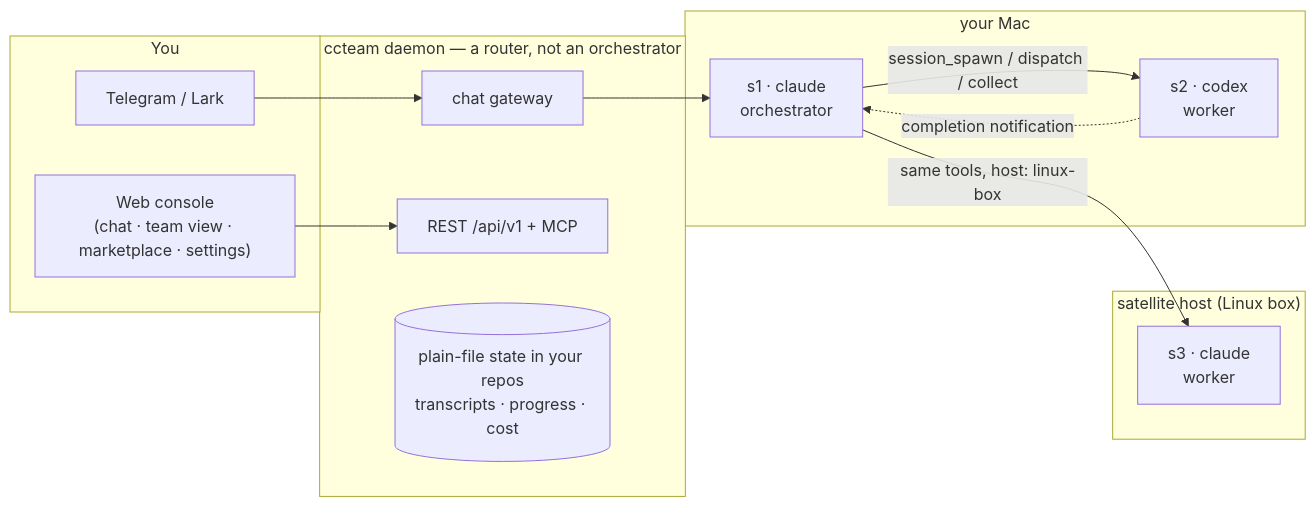
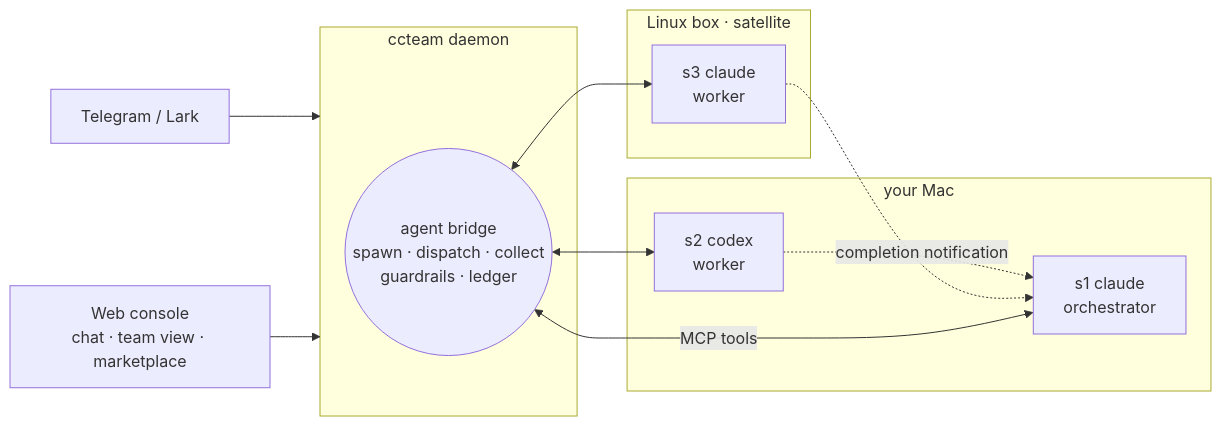
One commit to firstintent/ccteam changed the diagram in README.md. Above: the diagram before and after it, drawn with Mermaid. The commit also changed other lines of this file, not shown here.

First line of the commit message:
docs(readme): sharpen — per-agent strengths, bridge-centric diagram, agent-prompt-first install, drop HITL

````diff
--- a/README.md
+++ b/README.md
@@ -14,29 +12,24 @@
 ```mermaid
 flowchart LR
-    subgraph you["You"]
-        IM["Telegram / Lark"]
-        WEB["Web console<br/>(chat · team view · marketplace · settings)"]
-    end
+    IM["Telegram / Lark"] --> D
+    WEB["Web console<br/>chat · team view · marketplace"] --> D
 
-    subgraph daemon["ccteam daemon — a router, not an orchestrator"]
-        GW["chat gateway"]
-        API["REST /api/v1 + MCP"]
-        FS[("plain-file state in your repos<br/>transcripts · progress · cost")]
+    subgraph D["ccteam daemon"]
+        BRIDGE(("agent bridge<br/>spawn · dispatch · collect<br/>guardrails · ledger"))
     end
 
     subgraph mac["your Mac"]
-        S1["s1 · claude<br/>orchestrator"]
-        S2["s2 · codex<br/>worker"]
+        S1["s1 claude<br/>orchestrator"]
+        S2["s2 codex<br/>worker"]
     end
 
-    subgraph linux["satellite host (Linux box)"]
-        S3["s3 · claude<br/>worker"]
+    subgraph gpu["Linux box · satellite"]
+        S3["s3 claude<br/>worker"]
     end
 
-    IM --> GW
-    WEB --> API
-    GW --> S1
-    S1 -- "session_spawn / dispatch / collect" --> S2
-    S1 -- "same tools, host: linux-box" --> S3
+    S1 <-- "MCP tools" --> BRIDGE
+    BRIDGE <--> S2
+    BRIDGE <--> S3
     S2 -. "completion notification" .-> S1
+    S3 -.-> S1
 ```
````
